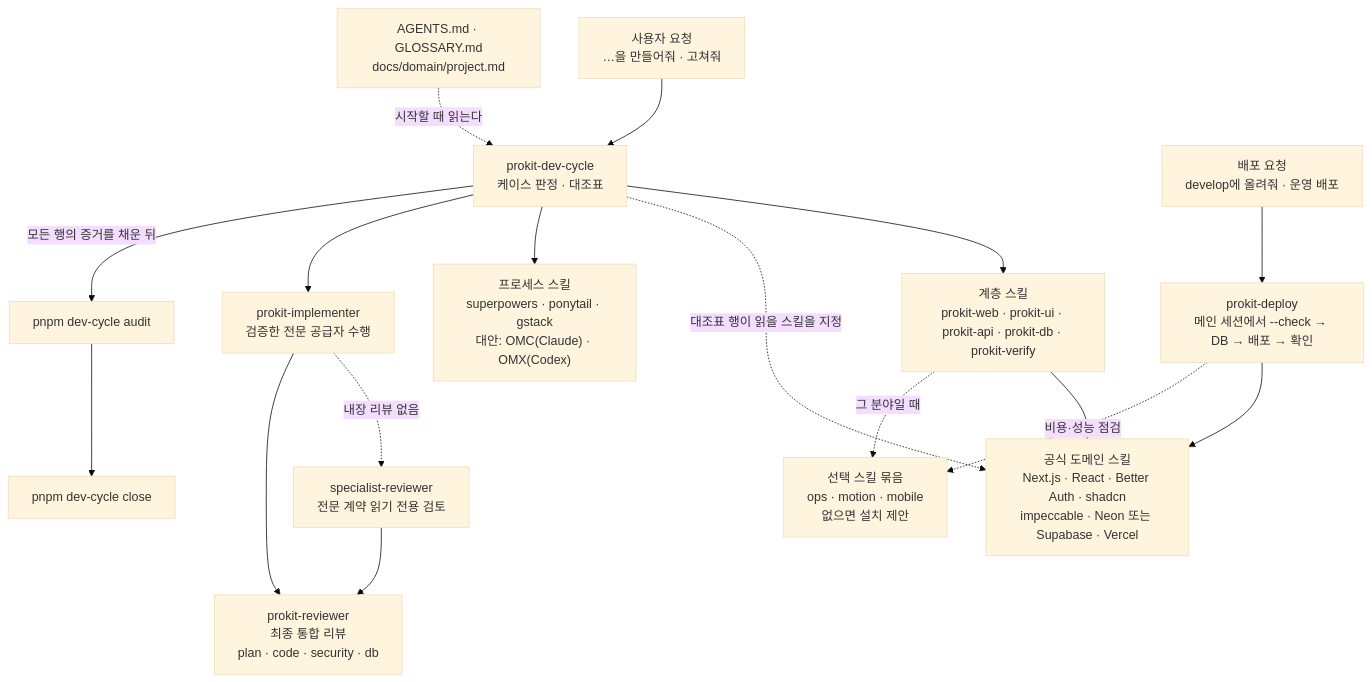
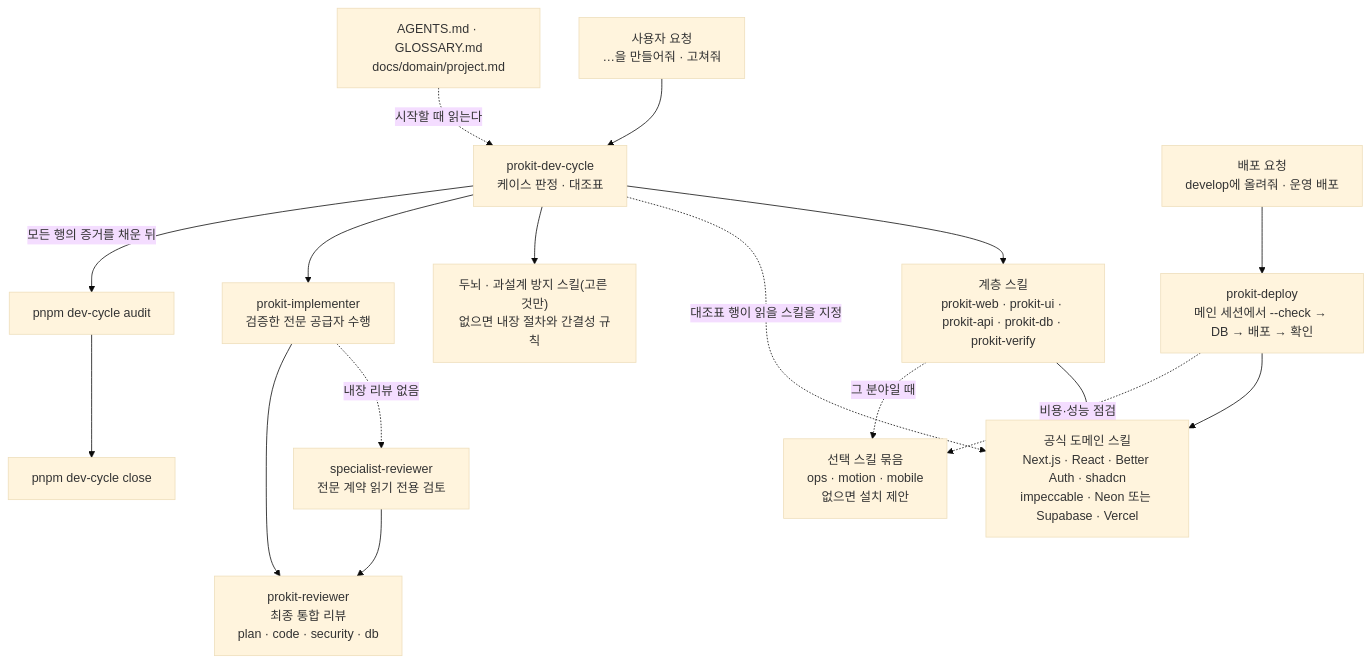
One commit to roadkwon-ai/pro-kit changed the diagram in handbook/concepts/harness.md. Above: the diagram before and after it, drawn with Mermaid (base theme). The commit also changed other lines of this file and 33 other files, not shown here.

````diff
--- a/handbook/concepts/harness.md
+++ b/handbook/concepts/harness.md
@@ -23,19 +23,19 @@
 ```mermaid
 flowchart TD
   REQ["사용자 요청<br/>…을 만들어줘 · 고쳐줘"] --> DC["prokit-dev-cycle<br/>케이스 판정 · 대조표"]
   RULES["AGENTS.md · GLOSSARY.md<br/>docs/domain/project.md"] -.->|시작할 때 읽는다| DC
   DC --> LAYER["계층 스킬<br/>prokit-web · prokit-ui · prokit-api · prokit-db · prokit-verify"]
   LAYER --> OFF["공식 도메인 스킬<br/>Next.js · React · Better Auth · shadcn<br/>impeccable · Neon 또는 Supabase · Vercel"]
   DC -.->|대조표 행이 읽을 스킬을 지정| OFF
   DREQ["배포 요청<br/>develop에 올려줘 · 운영 배포"] --> DEP["prokit-deploy<br/>메인 세션에서 --check → DB → 배포 → 확인"]
   DEP --> OFF
   LAYER -.->|그 분야일 때| OPT["선택 스킬 묶음<br/>ops · motion · mobile<br/>없으면 설치 제안"]
   DEP -.->|비용·성능 점검| OPT
-  DC --> PROC["프로세스 스킬<br/>superpowers · ponytail · gstack<br/>대안: OMC(Claude) · OMX(Codex)"]
+  DC --> PROC["두뇌 · 과설계 방지 스킬(고른 것만)<br/>없으면 내장 절차와 간결성 규칙"]
   DC --> IMP["prokit-implementer<br/>검증한 전문 공급자 수행"]
   IMP -.->|내장 리뷰 없음| SREV["specialist-reviewer<br/>전문 계약 읽기 전용 검토"]
   IMP --> REV["prokit-reviewer<br/>최종 통합 리뷰<br/>plan · code · security · db"]
   SREV --> REV
   DC -->|모든 행의 증거를 채운 뒤| AUD["pnpm dev-cycle audit"]
   AUD --> CLOSE["pnpm dev-cycle close"]
 ```
````
